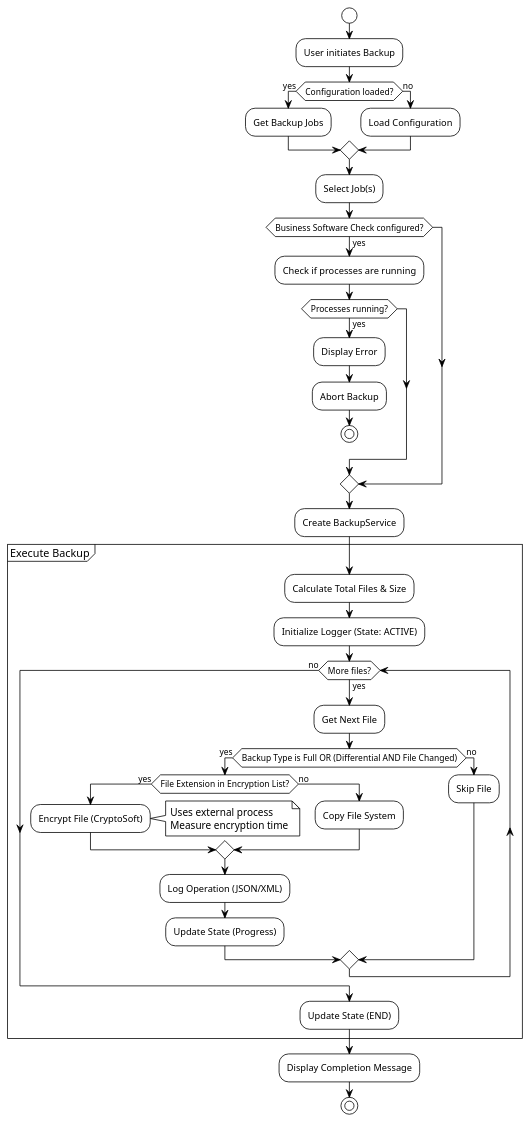
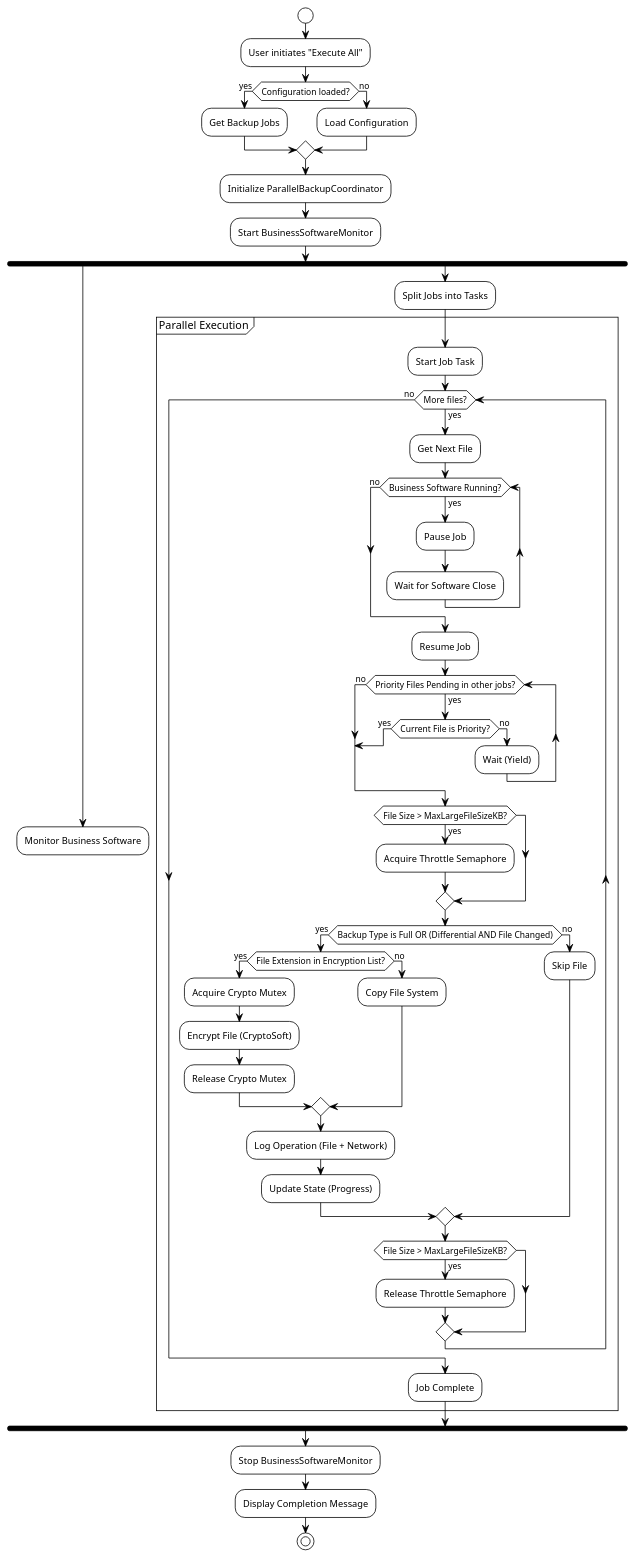
One commit to PotaaatozWRLD/EasySave-Groupe-8 changed the diagram in UML/activity_backup_process.puml. Above: the diagram before and after it, drawn with PlantUML. The commit also changed 28 other files, not shown here.

```diff
--- a/UML/activity_backup_process.puml
+++ b/UML/activity_backup_process.puml
@@ -1,59 +1,82 @@
-@startuml EasySave_Activity_Backup_Process
+@startuml EasySave_Activity_Backup_Process_v3.0
 !theme plain
 
 start
 
-:User initiates Backup;
+:User initiates "Execute All";
 
 if (Configuration loaded?) then (yes)
     :Get Backup Jobs;
 else (no)
     :Load Configuration;
 endif
 
-:Select Job(s);
+:Initialize ParallelBackupCoordinator;
+:Start BusinessSoftwareMonitor;
 
-if (Business Software Check configured?) then (yes)
-    :Check if processes are running;
-    if (Processes running?) then (yes)
-        :Display Error;
-        :Abort Backup;
-        stop
-    endif
-endif
+fork
+    :Monitor Business Software;
+    detach
+fork again
+    :Split Jobs into Tasks;
+    
+    partition "Parallel Execution" {
+        :Start Job Task;
+        
+        while (More files?) is (yes)
+            :Get Next File;
+            
+            ' Business Software Pause
+            while (Business Software Running?) is (yes)
+               :Pause Job;
+               :Wait for Software Close;
+            endwhile (no)
+            :Resume Job;
 
-:Create BackupService;
-
-partition "Execute Backup" {
-    :Calculate Total Files & Size;
-    :Initialize Logger (State: ACTIVE);
-    
-    while (More files?) is (yes)
-        :Get Next File;
-        
-        if (Backup Type is Full OR (Differential AND File Changed)) then (yes)
-            if (File Extension in Encryption List?) then (yes)
-                :Encrypt File (CryptoSoft);
-                note right
-                   Uses external process
-                   Measure encryption time
-                end note
-            else (no)
-                :Copy File System;
+            ' Priority Handling
+            while (Priority Files Pending in other jobs?) is (yes)
+                if (Current File is Priority?) then (yes)
+                    break
+                else (no)
+                    :Wait (Yield);
+                endif
+            endwhile (no)
+            
+            ' Throttling
+            if (File Size > MaxLargeFileSizeKB?) then (yes)
+                :Acquire Throttle Semaphore;
             endif
             
-            :Log Operation (JSON/XML);
-            :Update State (Progress);
-        else (no)
-            :Skip File;
-        endif
-    endwhile (no)
-    
-    :Update State (END);
-}
+            ' Backup Logic
+            if (Backup Type is Full OR (Differential AND File Changed)) then (yes)
+                if (File Extension in Encryption List?) then (yes)
+                    :Acquire Crypto Mutex;
+                    :Encrypt File (CryptoSoft);
+                    :Release Crypto Mutex;
+                else (no)
+                    :Copy File System;
+                endif
+                
+                :Log Operation (File + Network);
+                :Update State (Progress);
+            else (no)
+                :Skip File;
+            endif
+            
+            ' Release Throttling
+            if (File Size > MaxLargeFileSizeKB?) then (yes)
+                :Release Throttle Semaphore;
+            endif
+            
+        endwhile (no)
+        
+        :Job Complete;
+    }
+end fork
 
+:Stop BusinessSoftwareMonitor;
 :Display Completion Message;
 
 stop
 
 @enduml
```
